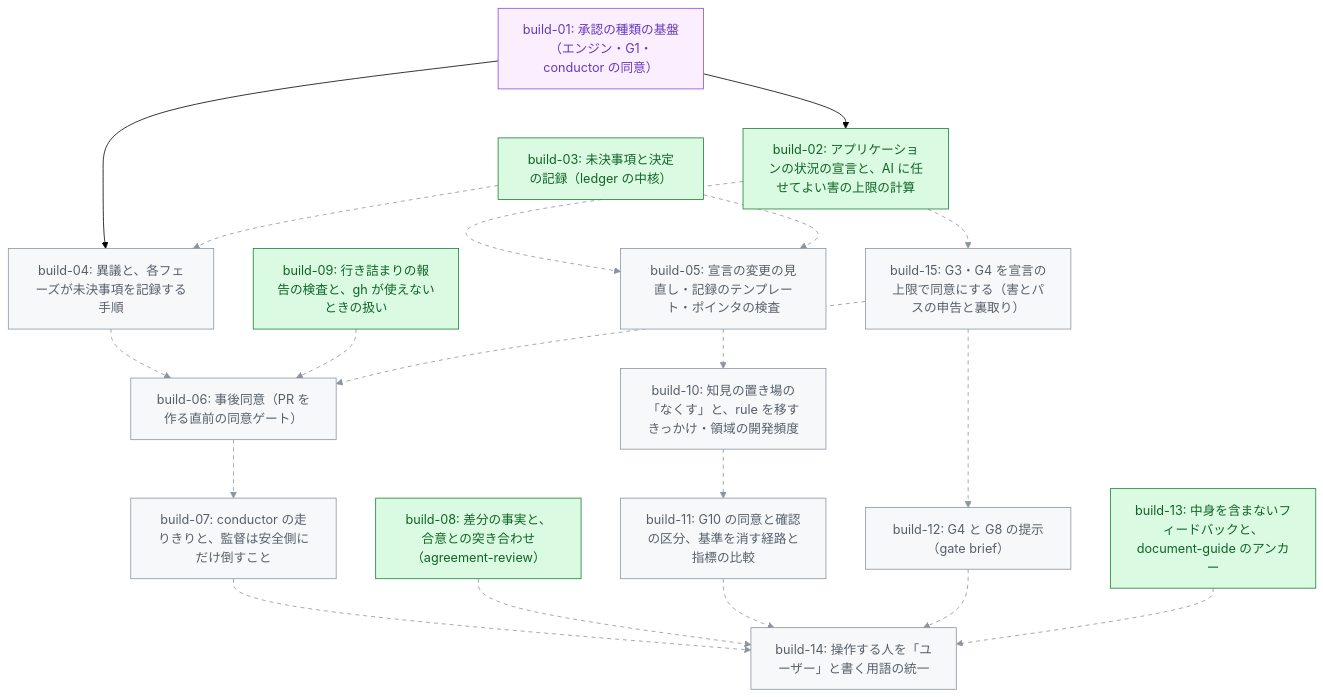
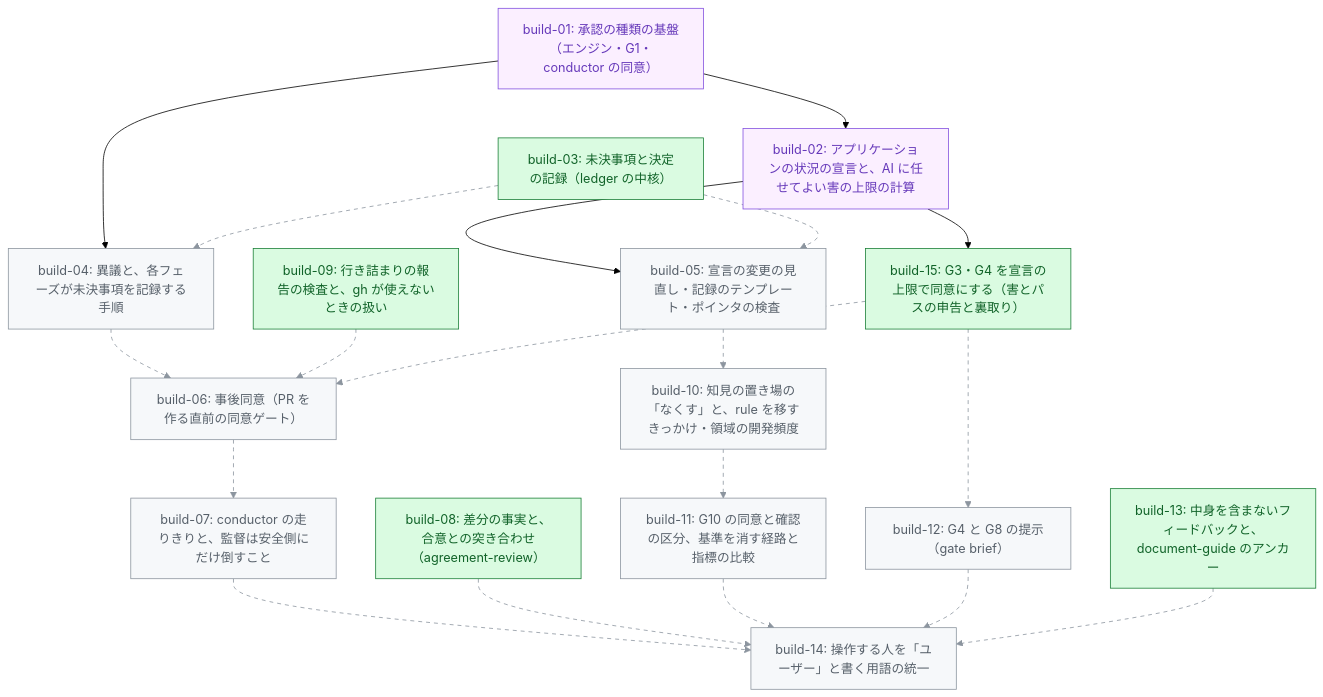
The diagram in .hikyaku/cycles/001-v3-core-concepts/tasklist.md (tak-solder/hikyaku), drawn with Mermaid (forest theme) before and after one commit. The commit also changed other lines of this file and 1 other file, not shown here.

Commit message:
builder(001-v3-core-concepts): build-02 の PR を記録する
Claude-Session: https://claude.ai/code/session_01RJieNbZxJTuNKqjvWpTagW

````diff
--- a/.hikyaku/cycles/001-v3-core-concepts/tasklist.md
+++ b/.hikyaku/cycles/001-v3-core-concepts/tasklist.md
@@ -30,43 +30,43 @@
 ```mermaid
 graph TD
   b01["build-01: 承認の種類の基盤（エンジン・G1・conductor の同意）"]
   b02["build-02: アプリケーションの状況の宣言と、AI に任せてよい害の上限の計算"]
   b03["build-03: 未決事項と決定の記録（ledger の中核）"]
   b04["build-04: 異議と、各フェーズが未決事項を記録する手順"]
   b05["build-05: 宣言の変更の見直し・記録のテンプレート・ポインタの検査"]
   b06["build-06: 事後同意（PR を作る直前の同意ゲート）"]
   b07["build-07: conductor の走りきりと、監督は安全側にだけ倒すこと"]
   b08["build-08: 差分の事実と、合意との突き合わせ（agreement-review）"]
   b09["build-09: 行き詰まりの報告の検査と、gh が使えないときの扱い"]
   b10["build-10: 知見の置き場の「なくす」と、rule を移すきっかけ・領域の開発頻度"]
   b11["build-11: G10 の同意と確認の区分、基準を消す経路と指標の比較"]
   b12["build-12: G4 と G8 の提示（gate brief）"]
   b13["build-13: 中身を含まないフィードバックと、document-guide のアンカー"]
   b14["build-14: 操作する人を「ユーザー」と書く用語の統一"]
   b15["build-15: G3・G4 を宣言の上限で同意にする（害とパスの申告と裏取り）"]
   b01 --> b02
   b01 --> b04
   b03 -.-> b04
-  b02 -.-> b05
+  b02 --> b05
   b03 -.-> b05
   b04 -.-> b06
   b09 -.-> b06
   b15 -.-> b06
   b06 -.-> b07
   b05 -.-> b10
   b10 -.-> b11
   b15 -.-> b12
   b07 -.-> b14
   b08 -.-> b14
   b11 -.-> b14
   b12 -.-> b14
   b13 -.-> b14
-  b02 -.-> b15
+  b02 --> b15
   classDef merged fill:#fbefff,stroke:#8250df,color:#6639ba
   classDef ready fill:#dafbe1,stroke:#1a7f37,color:#116329
   classDef blocked fill:#f6f8fa,stroke:#8c959f,color:#57606a
-  class b01 merged
-  class b02,b03,b08,b09,b13 ready
-  class b04,b05,b06,b07,b10,b11,b12,b14,b15 blocked
-  linkStyle 2,3,4,5,6,7,8,9,10,11,12,13,14,15,16,17 stroke:#8c959f,stroke-dasharray:5 5
+  class b01,b02 merged
+  class b03,b08,b09,b13,b15 ready
+  class b04,b05,b06,b07,b10,b11,b12,b14 blocked
+  linkStyle 2,4,5,6,7,8,9,10,11,12,13,14,15,16 stroke:#8c959f,stroke-dasharray:5 5
 ```
````
